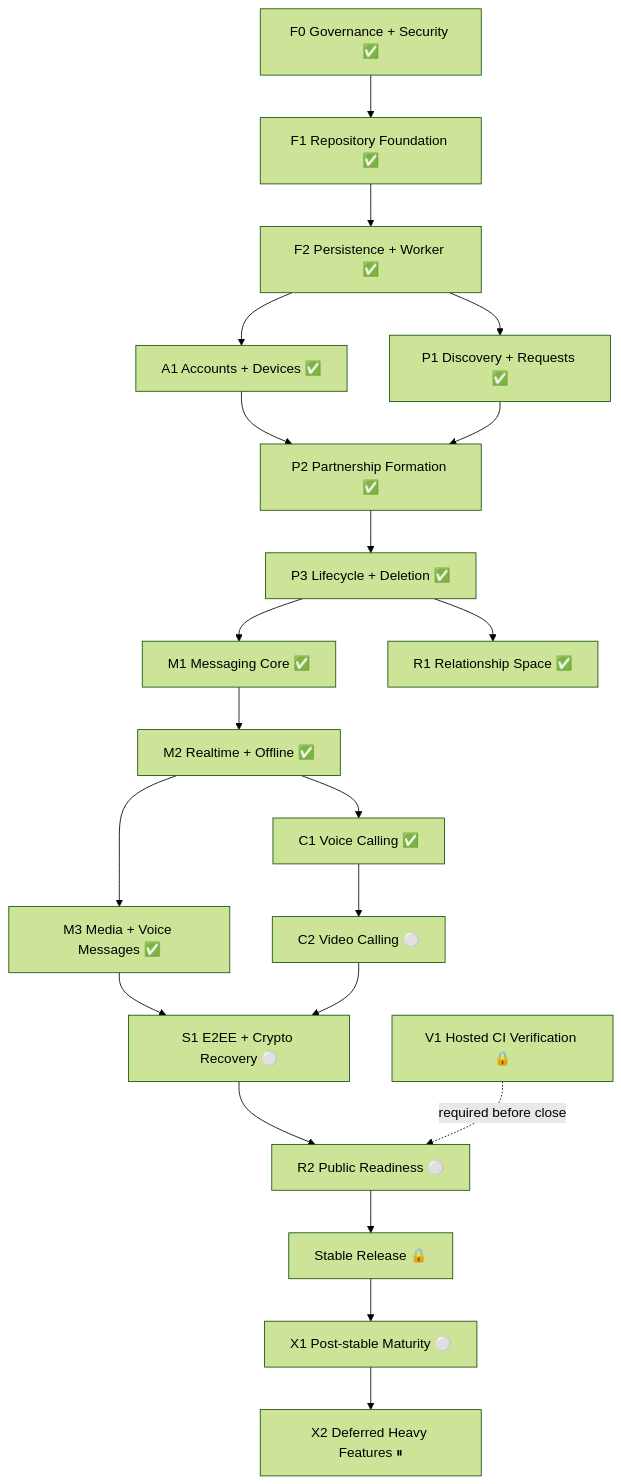
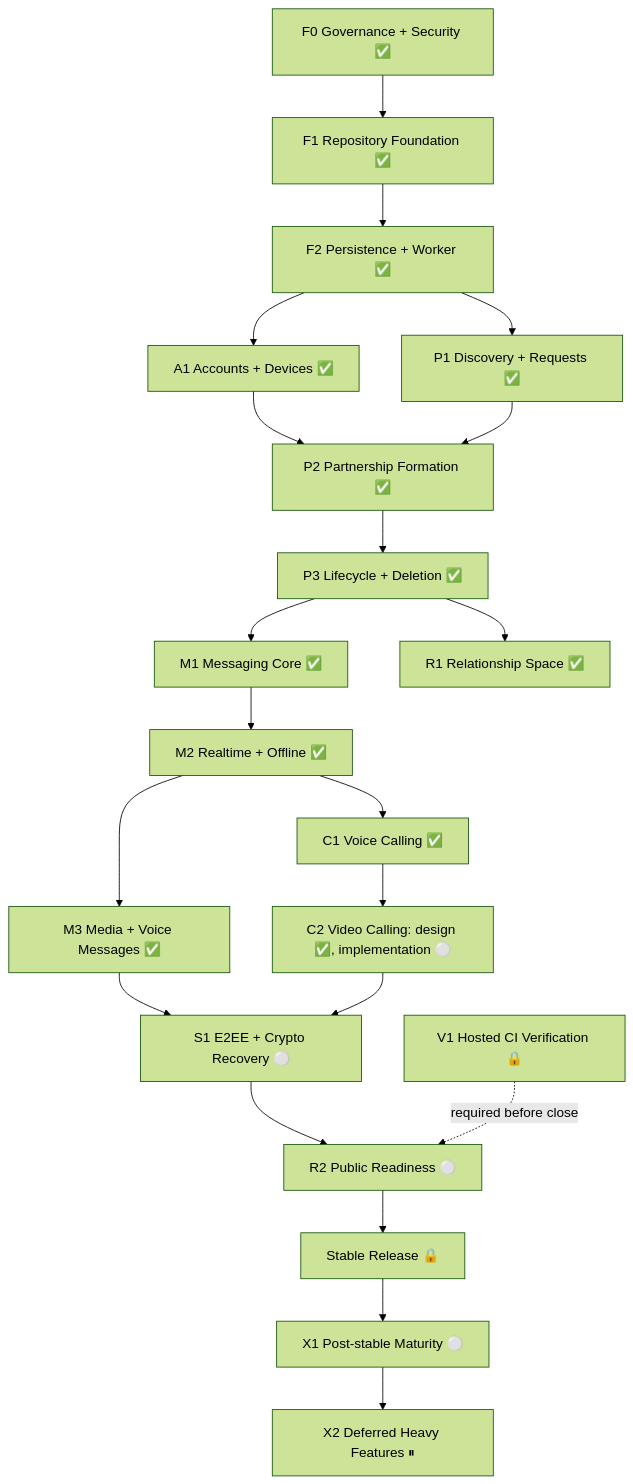
Before and after one commit to ekamal22/shawtie-pls-app: the diagram in docs/EXECUTION_GRAPH.md, drawn with Mermaid (forest theme). The commit also changed other lines of this file and 3 other files, not shown here.

```diff
--- a/docs/EXECUTION_GRAPH.md
+++ b/docs/EXECUTION_GRAPH.md
@@ -85,32 +85,32 @@
 ~~~mermaid
 flowchart TD
     F0["F0 Governance + Security ✅"] --> F1["F1 Repository Foundation ✅"]
     F1 --> F2["F2 Persistence + Worker ✅"]
 
     F2 --> A1["A1 Accounts + Devices ✅"]
     F2 --> P1["P1 Discovery + Requests ✅"]
 
     A1 --> P2["P2 Partnership Formation ✅"]
     P1 --> P2
 
     P2 --> P3["P3 Lifecycle + Deletion ✅"]
 
     P3 --> M1["M1 Messaging Core ✅"]
     P3 --> R1["R1 Relationship Space ✅"]
 
     M1 --> M2["M2 Realtime + Offline ✅"]
 
     M2 --> M3["M3 Media + Voice Messages ✅"]
     M2 --> C1["C1 Voice Calling ✅"]
-    C1 --> C2["C2 Video Calling ⚪"]
+    C1 --> C2["C2 Video Calling: design ✅, implementation ⚪"]
 
     M3 --> S1["S1 E2EE + Crypto Recovery ⚪"]
     C2 --> S1
 
     S1 --> R2["R2 Public Readiness ⚪"]
     V1["V1 Hosted CI Verification 🔒"] -. required before close .-> R2
 
     R2 --> RELEASE["Stable Release 🔒"]
     RELEASE --> X1["X1 Post-stable Maturity ⚪"]
     X1 --> X2["X2 Deferred Heavy Features ⏸"]
 ~~~
```
